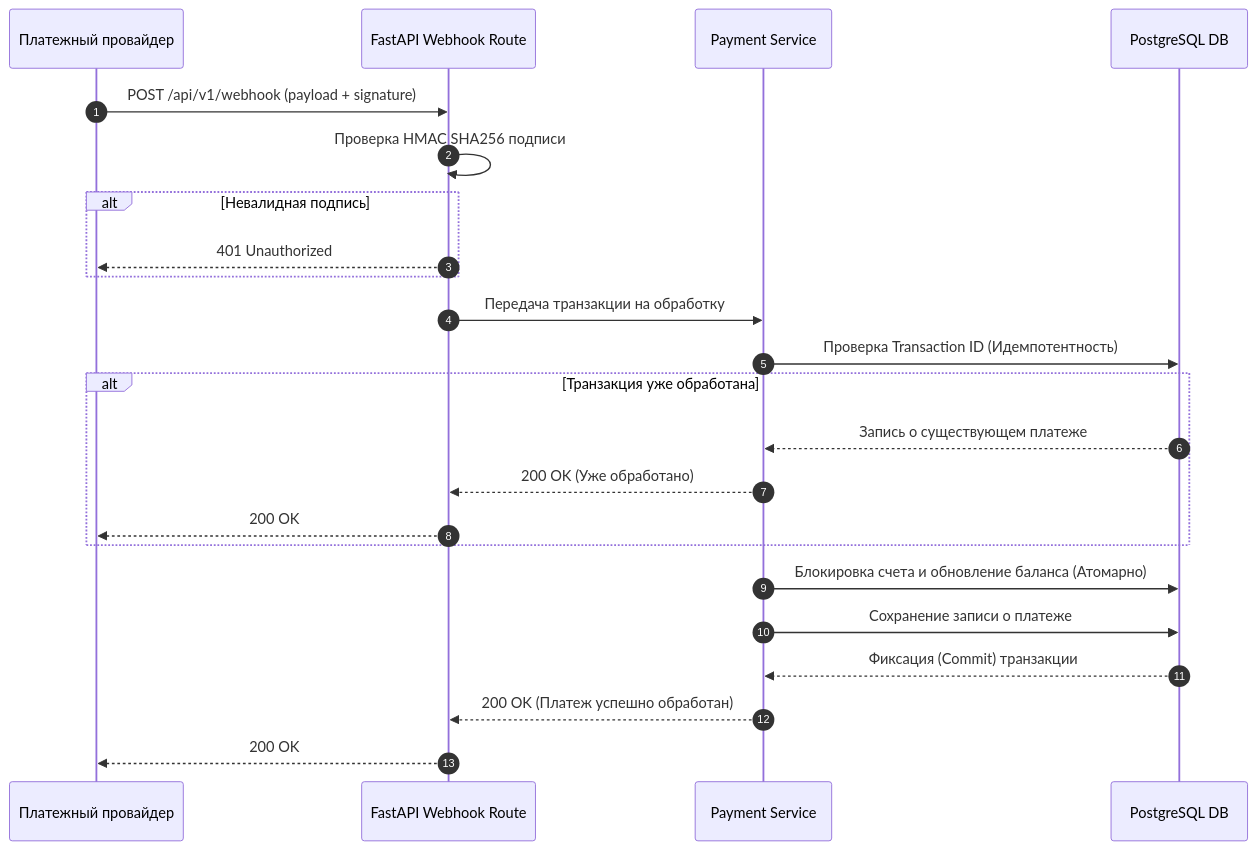
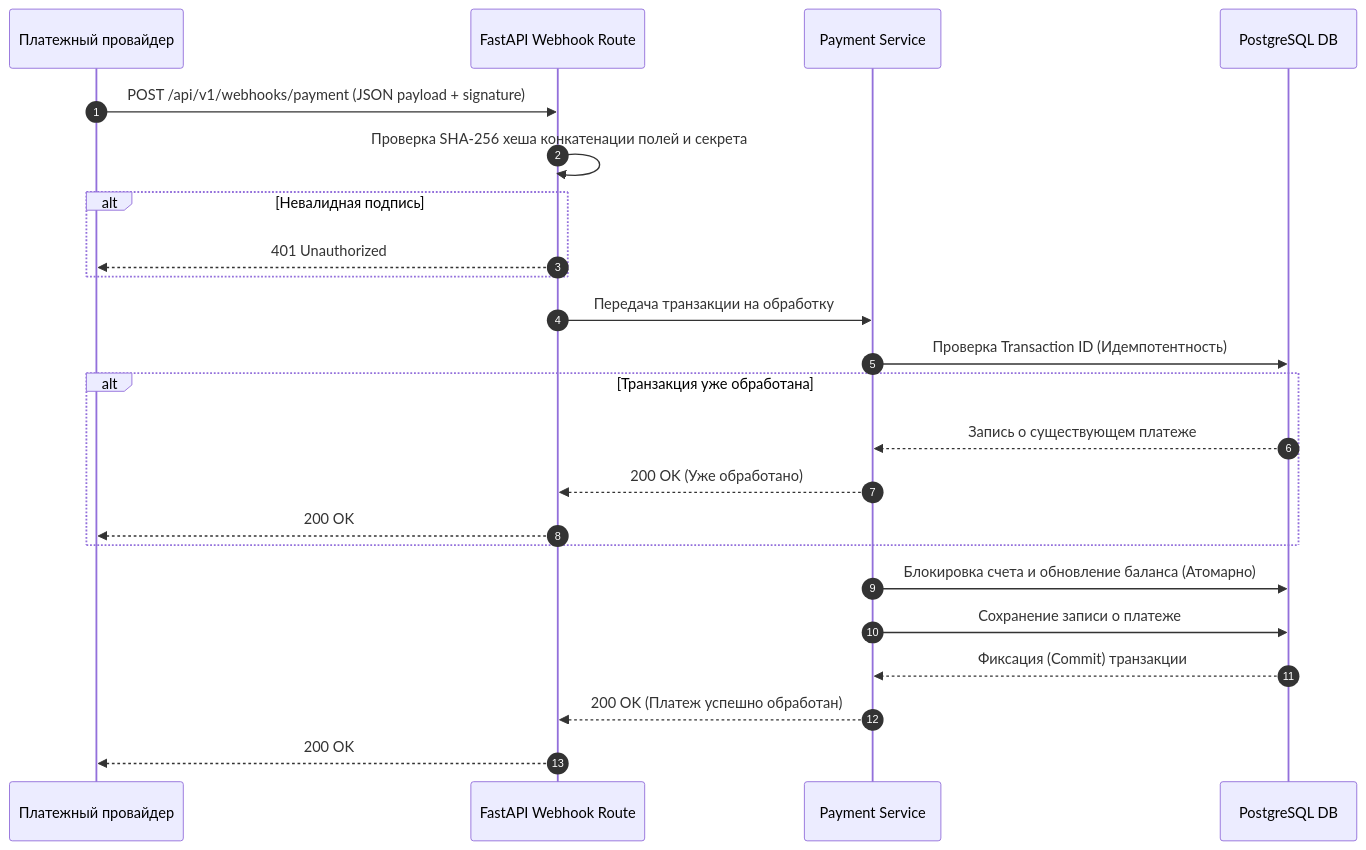
Before and after one commit to AmaLS367/payment-api-test-task: the second of 2 diagrams in README.md, drawn with Mermaid. The commit also changed other lines of this file, not shown here.

Commit message:
docs: correct webhook and container descriptions

````diff
--- a/README.md
+++ b/README.md
@@ -100,26 +100,26 @@
 ```mermaid
 sequenceDiagram
     autonumber
     participant Provider as Платежный провайдер
     participant API as FastAPI Webhook Route
     participant Service as Payment Service
     participant DB as PostgreSQL DB
 
-    Provider->>API: POST /api/v1/webhook (payload + signature)
-    API->>API: Проверка HMAC SHA256 подписи
+    Provider->>API: POST /api/v1/webhooks/payment (JSON payload + signature)
+    API->>API: Проверка SHA-256 хеша конкатенации полей и секрета
     alt Невалидная подпись
         API-->>Provider: 401 Unauthorized
     end
     API->>Service: Передача транзакции на обработку
     Service->>DB: Проверка Transaction ID (Идемпотентность)
     alt Транзакция уже обработана
         DB-->>Service: Запись о существующем платеже
         Service-->>API: 200 OK (Уже обработано)
         API-->>Provider: 200 OK
     end
     Service->>DB: Блокировка счета и обновление баланса (Атомарно)
     Service->>DB: Сохранение записи о платеже
     DB-->>Service: Фиксация (Commit) транзакции
     Service-->>API: 200 OK (Платеж успешно обработан)
     API-->>Provider: 200 OK
 ```
````
